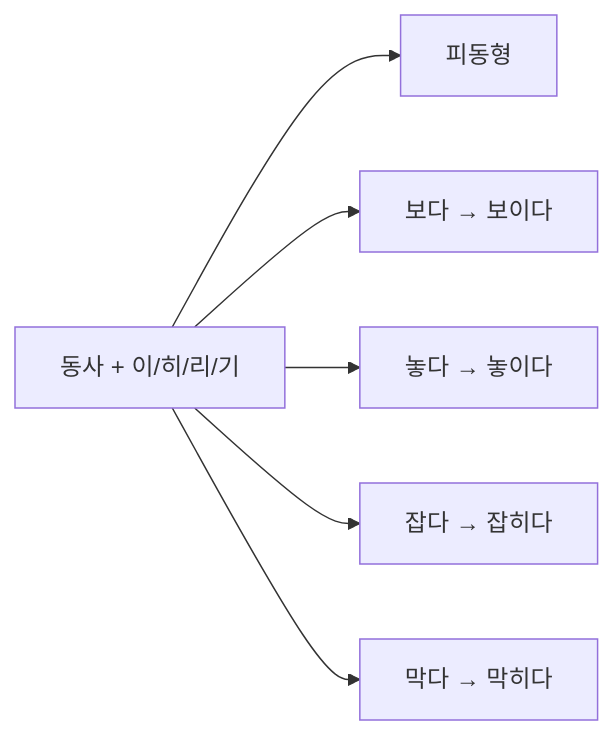
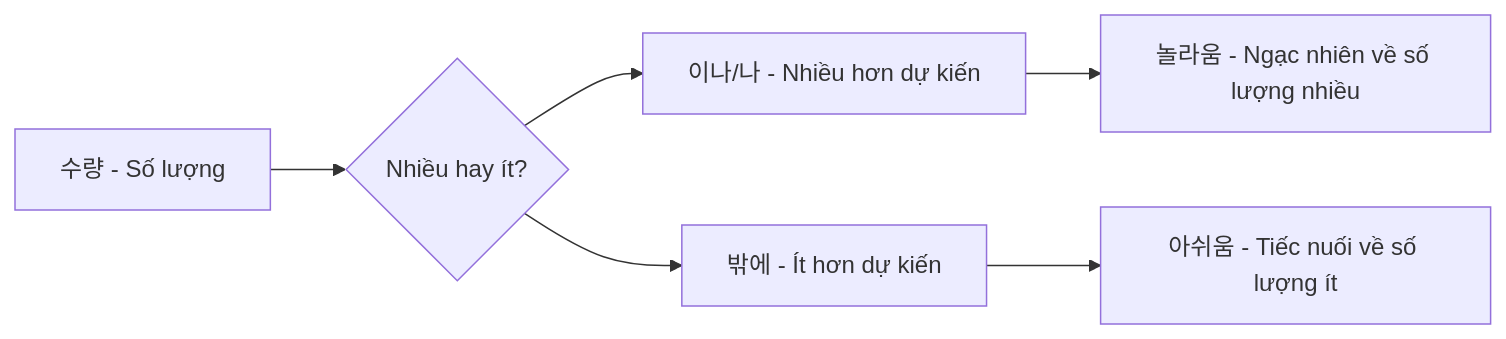
Before and after one commit to khieu-dv/vievlog: the second of 5 diagrams in src/content/soft-skills/korean/bai-5.md, drawn with Mermaid. The commit also changed other lines of this file and 6 other files, not shown here.

````diff
--- a/src/content/soft-skills/korean/bai-5.md
+++ b/src/content/soft-skills/korean/bai-5.md
@@ -66,8 +96,9 @@
 ```mermaid
 graph LR
-    A[동사 + 이/히/리/기] --> B[피동형]
-    A --> C[보다 → 보이다]
-    A --> D[놓다 → 놓이다]
-    A --> E[잡다 → 잡히다]
-    A --> F[막다 → 막히다]
+    A[수량 - Số lượng] --> B{Nhiều hay ít?}
+    B --> C[이나/나 - Nhiều hơn dự kiến]
+    B --> D[밖에 - Ít hơn dự kiến]
+
+    C --> E[놀라움 - Ngạc nhiên về số lượng nhiều]
+    D --> F[아쉬움 - Tiếc nuối về số lượng ít]
 ```
````
